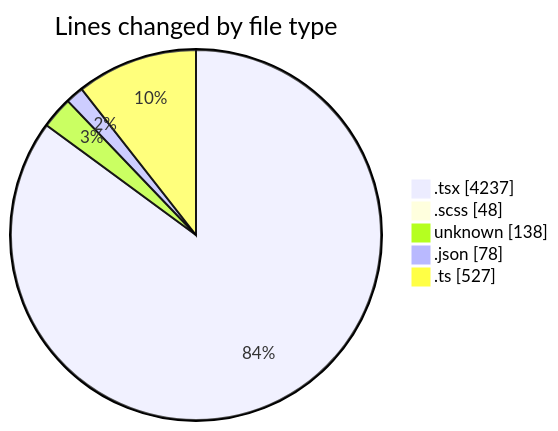
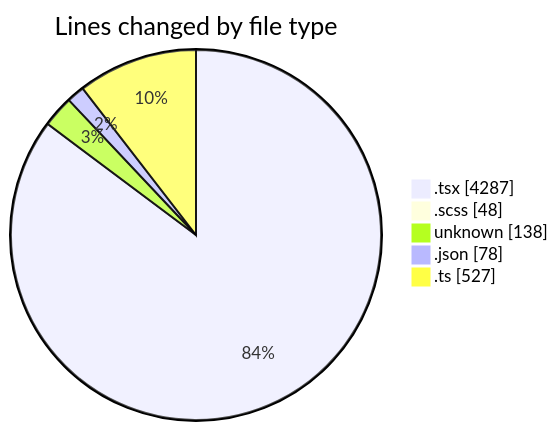
Before and after one commit to momahboobian/code-tracking: the first of 2 diagrams in 2026-10-13/cda/README.md, drawn with Mermaid. The commit also changed other lines of this file and 1 other file, not shown here.

````diff
--- a/2026-10-13/cda/README.md
+++ b/2026-10-13/cda/README.md
@@ -45,9 +45,9 @@
 ```mermaid
 pie showData
 title Lines changed by file type
-".tsx" : 4237
+".tsx" : 4287
 ".scss" : 48
 "unknown" : 138
 ".json" : 78
 ".ts" : 527
 ```
````
